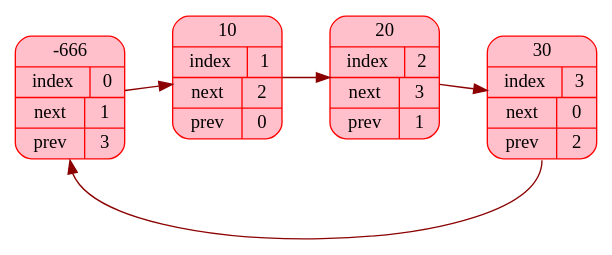
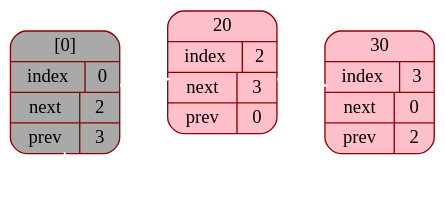
Before and after one commit to Arti-catt/Doubly-Linked-List: the diagram in graph.dot, drawn with Graphviz. The commit also changed 13 other files, not shown here.

```diff
--- a/graph.dot
+++ b/graph.dot
@@ -1,15 +1,14 @@
 digraph G {
+	bgcolor = "transparent";
 	rankdir = LR;
-	node [shape = Mrecord, color = red, style = filled, fillcolor = pink];
-	edge [color = darkred];
+	node [shape = Mrecord, color = darkred, style = filled, fillcolor = pink];
+	edge [color = "white", penwidth = 2];
 
-	node0 [label = "{-666} | {index | 0} | {next | 1} | {prev | 3}", fillcolor = pink];
-	node1 [label = "{10} | {index | 1} | {next | 2} | {prev | 0}", fillcolor = pink];
-	node2 [label = "{20} | {index | 2} | {next | 3} | {prev | 1}", fillcolor = pink];
-	node3 [label = "{30} | {index | 3} | {next | 0} | {prev | 2}", fillcolor = pink];
+	node0 [label = "{[0]} | {index | 0} | {next | 2} | {prev | 3}", fillcolor = darkgrey];
+	node2 [label = "{20} | {index | 2} | {next | 3} | {prev | 0}"];
+	node3 [label = "{30} | {index | 3} | {next | 0} | {prev | 2}"];
 
-	node0-> node1;
-	node1-> node2;
+	node0-> node2;
 	node2-> node3;
 	node3:s -> node0:s;
 }
```
